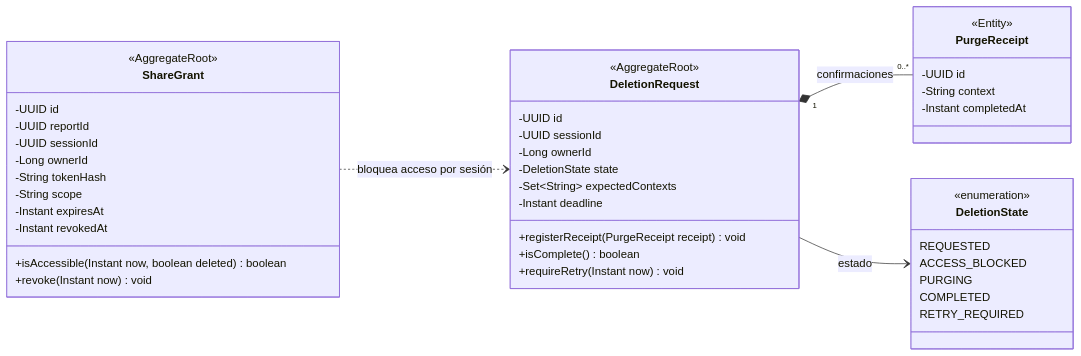
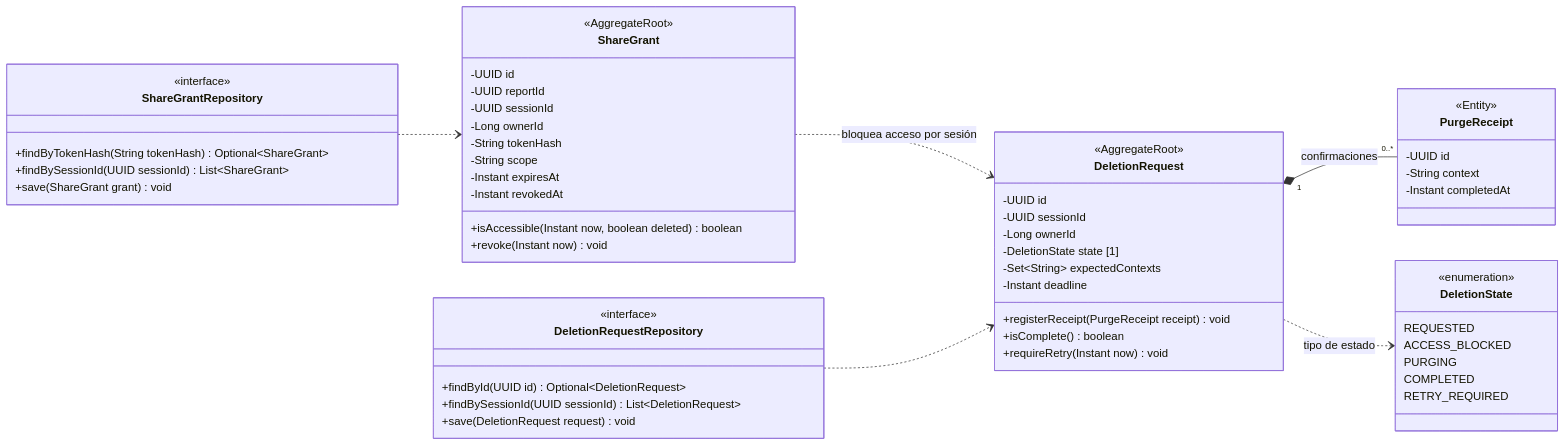
Before and after one commit to upc-pre-202620-si728-16365-thropic/talki-project-report: the diagram in assets/diagrams/tactical/06-sharing-retention-classes.mmd, drawn with Mermaid. The commit also changed 33 other files, not shown here.

Commit message:
docs: clarify domain repository contracts and UML multiplicities

```diff
--- a/assets/diagrams/tactical/06-sharing-retention-classes.mmd
+++ b/assets/diagrams/tactical/06-sharing-retention-classes.mmd
@@ -1,44 +1,60 @@
 classDiagram
  direction LR
 class ShareGrant {
   <<AggregateRoot>>
   -UUID id
   -UUID reportId
   -UUID sessionId
   -Long ownerId
   -String tokenHash
   -String scope
   -Instant expiresAt
   -Instant revokedAt
   +isAccessible(Instant now, boolean deleted) boolean
   +revoke(Instant now) void
 }
 class DeletionRequest {
   <<AggregateRoot>>
   -UUID id
   -UUID sessionId
   -Long ownerId
-  -DeletionState state
+  -DeletionState state [1]
   -Set~String~ expectedContexts
   -Instant deadline
   +registerReceipt(PurgeReceipt receipt) void
   +isComplete() boolean
   +requireRetry(Instant now) void
 }
 class DeletionState {
   <<enumeration>>
   REQUESTED
   ACCESS_BLOCKED
   PURGING
   COMPLETED
   RETRY_REQUIRED
 }
 class PurgeReceipt {
   <<Entity>>
   -UUID id
   -String context
   -Instant completedAt
 }
 DeletionRequest "1" *-- "0..*" PurgeReceipt : confirmaciones
-DeletionRequest --> DeletionState : estado
+DeletionRequest ..> DeletionState : tipo de estado
 ShareGrant ..> DeletionRequest : bloquea acceso por sesión
+
+class ShareGrantRepository {
+  <<interface>>
+  +findByTokenHash(String tokenHash) Optional~ShareGrant~
+  +findBySessionId(UUID sessionId) List~ShareGrant~
+  +save(ShareGrant grant) void
+}
+ShareGrantRepository ..> ShareGrant
+
+class DeletionRequestRepository {
+  <<interface>>
+  +findById(UUID id) Optional~DeletionRequest~
+  +findBySessionId(UUID sessionId) List~DeletionRequest~
+  +save(DeletionRequest request) void
+}
+DeletionRequestRepository ..> DeletionRequest
```
